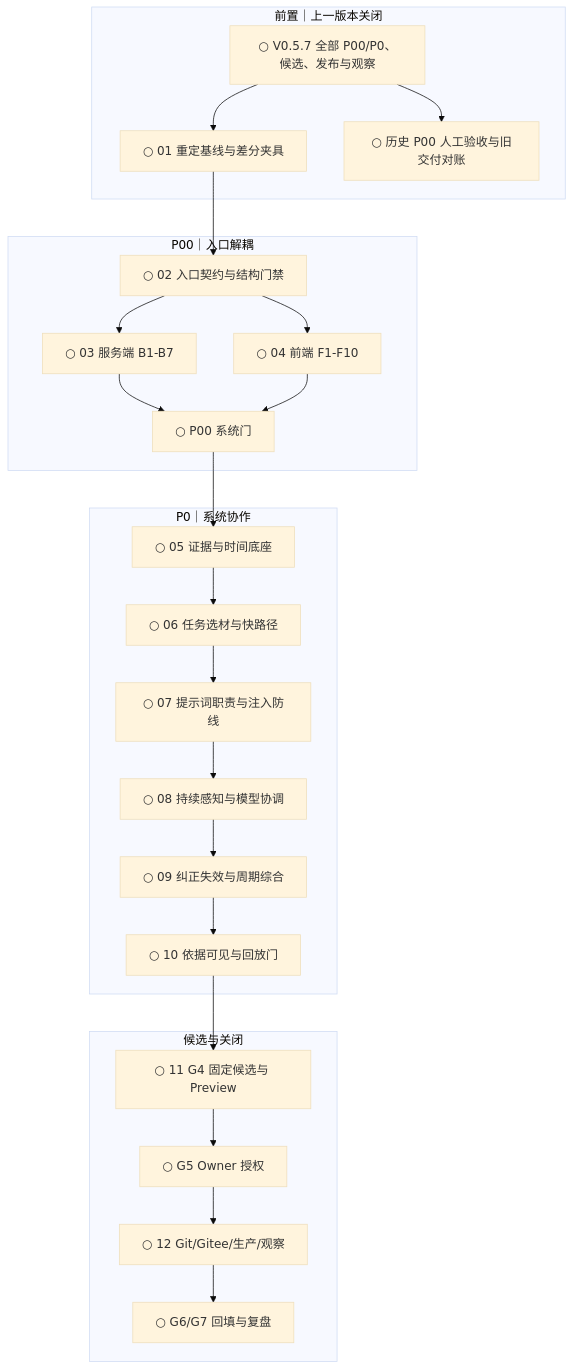
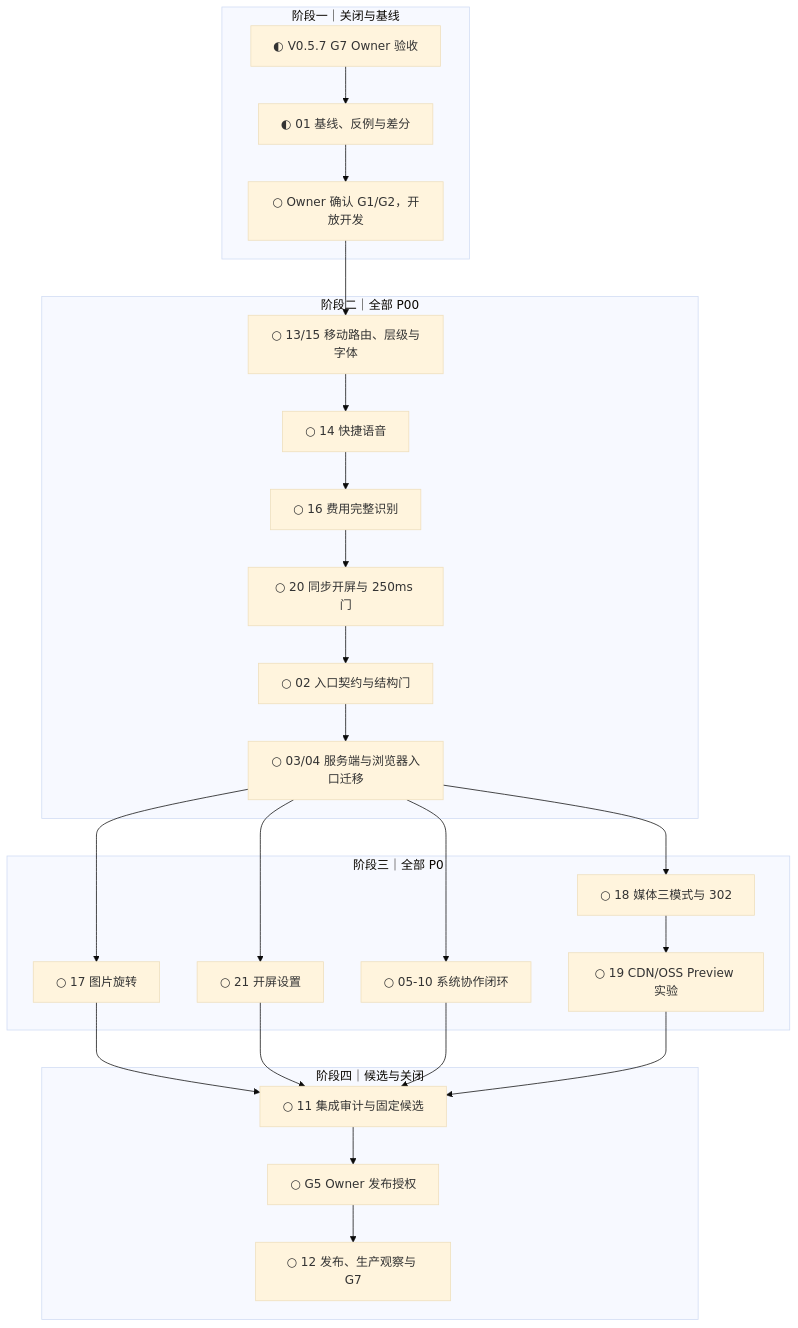
One commit to 77Liu/for-now changed the diagram in reports/iteration-plan-v0.5.8-2026-10-05.md. Above: the diagram before and after it, drawn with Mermaid (base theme). The commit also changed other lines of this file and 3 other files, not shown here.

````diff
--- a/reports/iteration-plan-v0.5.8-2026-10-05.md
+++ b/reports/iteration-plan-v0.5.8-2026-10-05.md
@@ -174,28 +205,30 @@
 ```mermaid
 flowchart TD
-  subgraph PRE["前置｜上一版本关闭"]
-    A["○ V0.5.7 全部 P00/P0、候选、发布与观察"] --> B["○ 01 重定基线与差分夹具"]
-    A --> A2["○ 历史 P00 人工验收与旧交付对账"]
+  subgraph GATE["阶段一｜关闭与基线"]
+    A["◐ V0.5.7 G7 Owner 验收"] --> B["◐ 01 基线、反例与差分"]
+    B --> C["○ Owner 确认 G1/G2，开放开发"]
   end
-  subgraph ARCH["P00｜入口解耦"]
-    B --> C["○ 02 入口契约与结构门禁"]
-    C --> D["○ 03 服务端 B1-B7"]
-    C --> E["○ 04 前端 F1-F10"]
-    D --> F["○ P00 系统门"]
-    E --> F
+  subgraph P00["阶段二｜全部 P00"]
+    C --> D["○ 13/15 移动路由、层级与字体"]
+    D --> E["○ 14 快捷语音"]
+    E --> F["○ 16 费用完整识别"]
+    F --> G["○ 20 同步开屏与 250ms 门"]
+    G --> H["○ 02 入口契约与结构门"]
+    H --> I["○ 03/04 服务端与浏览器入口迁移"]
   end
-  subgraph COLLAB["P0｜系统协作"]
-    F --> G["○ 05 证据与时间底座"]
-    G --> H["○ 06 任务选材与快路径"]
-    H --> I["○ 07 提示词职责与注入防线"]
-    I --> J["○ 08 持续感知与模型协调"]
-    J --> K["○ 09 纠正失效与周期综合"]
-    K --> L["○ 10 依据可见与回放门"]
+  subgraph P0["阶段三｜全部 P0"]
+    I --> J["○ 17 图片旋转"]
+    I --> K["○ 18 媒体三模式与 302"]
+    I --> L["○ 21 开屏设置"]
+    I --> M["○ 05-10 系统协作闭环"]
+    K --> N["○ 19 CDN/OSS Preview 实验"]
   end
-  subgraph RELEASE["候选与关闭"]
-    L --> M["○ 11 G4 固定候选与 Preview"]
-    M --> N["○ G5 Owner 授权"]
-    N --> O["○ 12 Git/Gitee/生产/观察"]
-    O --> P["○ G6/G7 回填与复盘"]
+  subgraph RELEASE["阶段四｜候选与关闭"]
+    J --> O["○ 11 集成审计与固定候选"]
+    L --> O
+    M --> O
+    N --> O
+    O --> P["○ G5 Owner 发布授权"]
+    P --> Q["○ 12 发布、生产观察与 G7"]
   end
 ```
````
